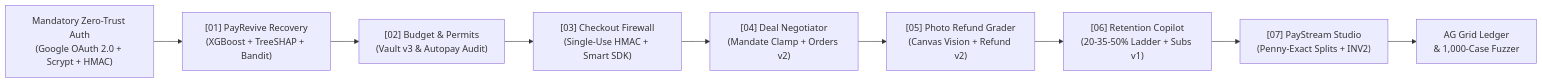
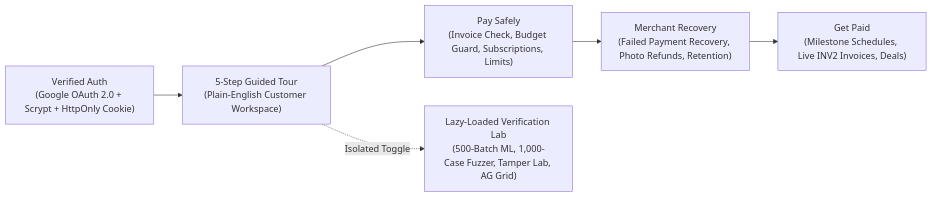
Before and after one commit to A-P-S-Bhaidav/PayPal_Hackathon: the diagram in README.md, drawn with Mermaid. The commit also changed other lines of this file and 31 other files, not shown here.

Commit message:
Release v3.1.0: separate customer product & Verification Lab, 5-step Guided Tour, trained Newton GBDT + LinUCB, and OWASP security hardening

````diff
--- a/README.md
+++ b/README.md
@@ -39,11 +44,8 @@
 ```mermaid
 flowchart LR
-    AUTH["Mandatory Zero-Trust Auth\n(Google OAuth 2.0 + Scrypt + HMAC)"] --> M7
-    M7["[01] PayRevive Recovery\n(XGBoost + TreeSHAP + Bandit)"] --> M1
-    M1["[02] Budget & Permits\n(Vault v3 & Autopay Audit)"] --> M2
-    M2["[03] Checkout Firewall\n(Single-Use HMAC + Smart SDK)"] --> M3
-    M3["[04] Deal Negotiator\n(Mandate Clamp + Orders v2)"] --> M4
-    M4["[05] Photo Refund Grader\n(Canvas Vision + Refund v2)"] --> M5
-    M5["[06] Retention Copilot\n(20-35-50% Ladder + Subs v1)"] --> M6
-    M6["[07] PayStream Studio\n(Penny-Exact Splits + INV2)"] --> AUDIT["AG Grid Ledger\n& 1,000-Case Fuzzer"]
+    AUTH["Verified Auth\n(Google OAuth 2.0 + Scrypt + HttpOnly Cookie)"] --> TOUR["5-Step Guided Tour\n(Plain-English Customer Workspace)"]
+    TOUR --> P1["Pay Safely\n(Invoice Check, Budget Guard, Subscriptions, Limits)"]
+    P1 --> P2["Merchant Recovery\n(Failed Payment Recovery, Photo Refunds, Retention)"]
+    P2 --> P3["Get Paid\n(Milestone Schedules, Live INV2 Invoices, Deals)"]
+    TOUR -. "Isolated Toggle" .-> LAB["Lazy-Loaded Verification Lab\n(500-Batch ML, 1,000-Case Fuzzer, Tamper Lab, AG Grid)"]
 ```
````
